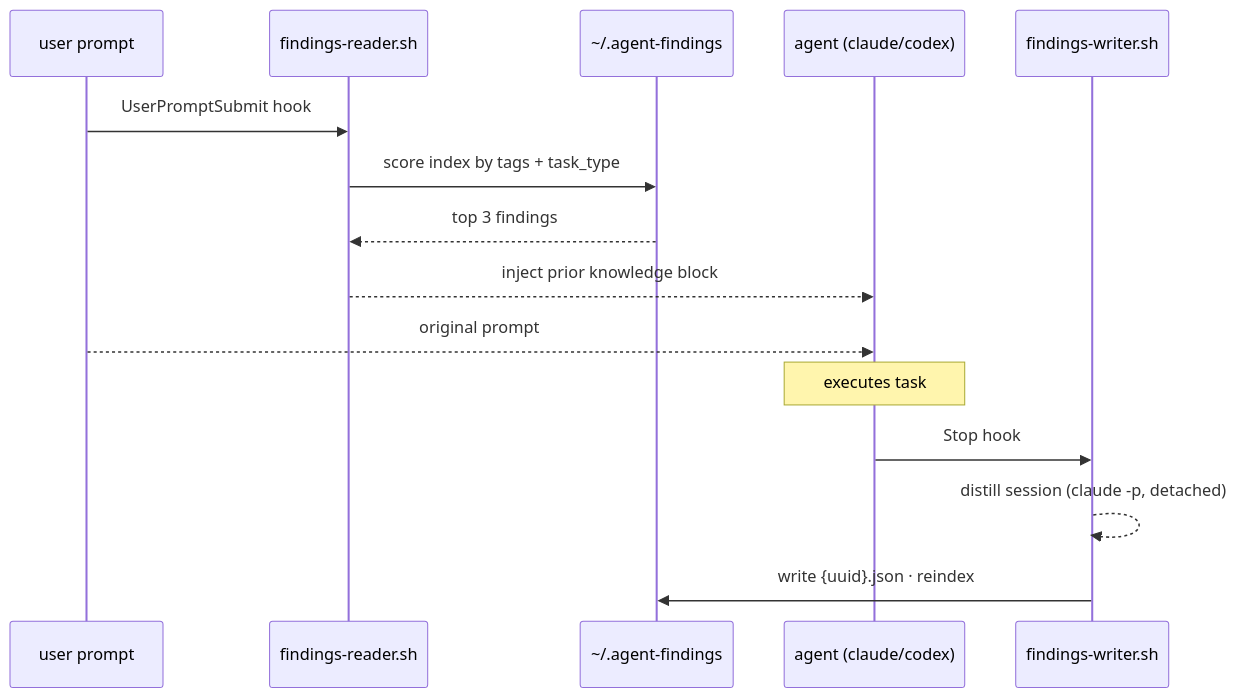
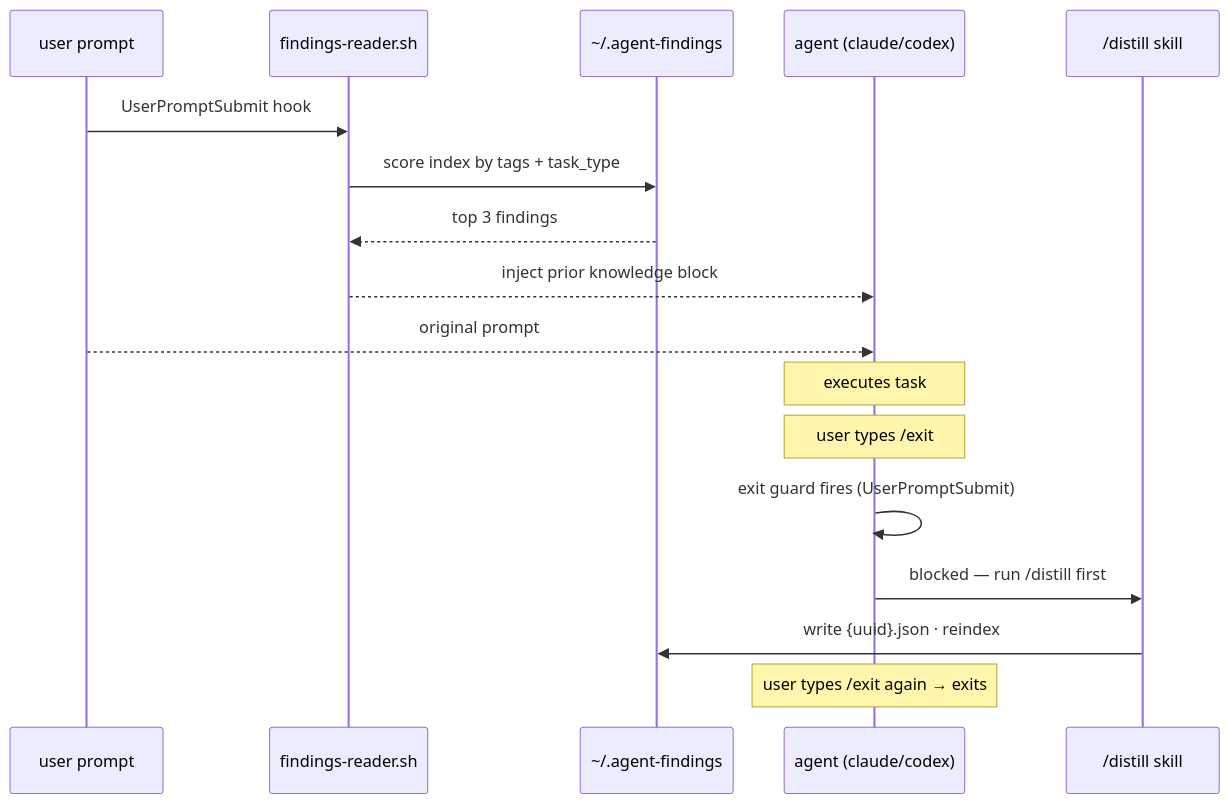
Before and after one commit to krish-shahh/agent-findings: the diagram in README.md, drawn with Mermaid. The commit also changed other lines of this file and 6 other files, not shown here.

First line of the commit message:
feat: /distill skill + exit guard for in-session distillation (#10)

````diff
--- a/README.md
+++ b/README.md
@@ -47,18 +47,20 @@
 ```mermaid
 sequenceDiagram
     participant P as user prompt
     participant R as findings-reader.sh
     participant S as ~/.agent-findings
     participant C as agent (claude/codex)
-    participant W as findings-writer.sh
+    participant D as /distill skill
 
     P->>R: UserPromptSubmit hook
     R->>S: score index by tags + task_type
     S-->>R: top 3 findings
     R-->>C: inject prior knowledge block
     P-->>C: original prompt
     Note over C: executes task
-    C->>W: Stop hook
-    W-->>W: distill session (claude -p, detached)
-    W->>S: write {uuid}.json · reindex
+    Note over C: user types /exit
+    C->>C: exit guard fires (UserPromptSubmit)
+    C->>D: blocked — run /distill first
+    D->>S: write {uuid}.json · reindex
+    Note over C: user types /exit again → exits
 ```
````
